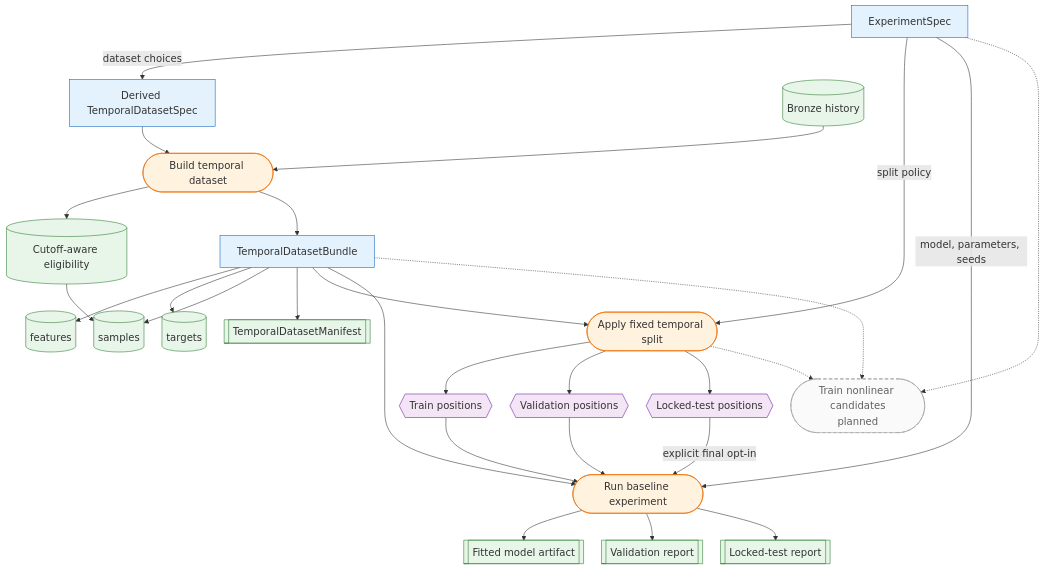
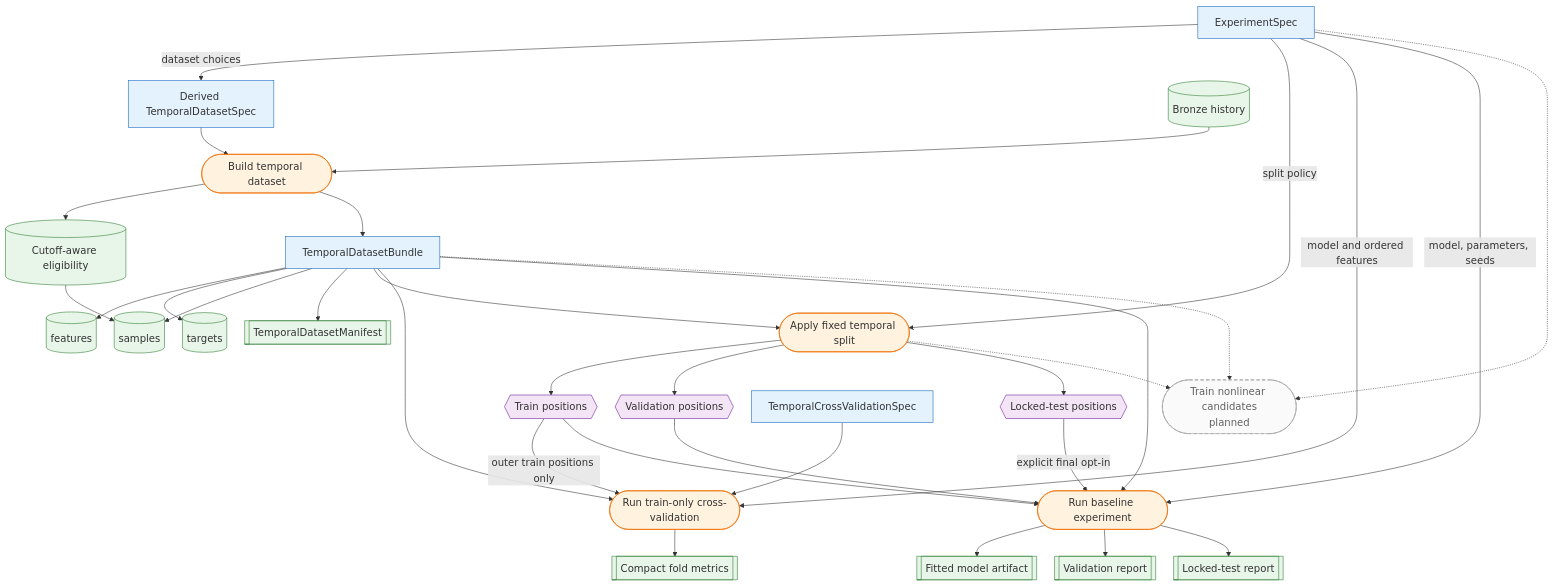
One commit to Frallmeister/swingtrader-app changed the diagram in docs/modeling/overview.md. Above: the diagram before and after it, drawn with Mermaid. The commit also changed other lines of this file and 18 other files, not shown here.

First line of the commit message:
Support explicit model feature selection and train-only temporal cross-validation (#125)

````diff
--- a/docs/modeling/overview.md
+++ b/docs/modeling/overview.md
@@ -9,61 +9,69 @@
 ```mermaid
 %%{init: {"themeVariables": {"fontSize": "18px"}, "flowchart": {"nodeSpacing": 32, "rankSpacing": 48}}}%%
 flowchart TB
     experiment["ExperimentSpec"]
     dataset_spec["Derived TemporalDatasetSpec"]
     source[(Bronze history)]
     eligibility[(Cutoff-aware eligibility)]
     builder([Build temporal dataset])
     bundle["TemporalDatasetBundle"]
     features[(features)]
     targets[(targets)]
     samples[(samples)]
     manifest[[TemporalDatasetManifest]]
     splitter([Apply fixed temporal split])
     train{{Train positions}}
     validation{{Validation positions}}
     test{{Locked-test positions}}
+    cv_spec["TemporalCrossValidationSpec"]
+    cv_harness([Run train-only cross-validation])
+    cv_result[[Compact fold metrics]]
     harness([Run baseline experiment])
     model[[Fitted model artifact]]
     validation_report[[Validation report]]
     test_report[[Locked-test report]]
     advanced([Train nonlinear candidates<br/>planned])
 
     experiment -->|dataset choices| dataset_spec
     dataset_spec --> builder
     source --> builder
     builder --> eligibility
     builder --> bundle
     bundle --> features
     bundle --> targets
     bundle --> samples
     eligibility --> samples
     bundle --> manifest
     experiment -->|split policy| splitter
     bundle --> splitter
     splitter --> train
     splitter --> validation
     splitter --> test
+    cv_spec --> cv_harness
+    experiment -->|model and ordered features| cv_harness
+    bundle --> cv_harness
+    train -->|outer train positions only| cv_harness
+    cv_harness --> cv_result
     experiment -->|model, parameters, seeds| harness
     bundle --> harness
     train --> harness
     validation --> harness
     test -->|explicit final opt-in| harness
     harness --> model
     harness --> validation_report
     harness --> test_report
     bundle -.-> advanced
     splitter -.-> advanced
     experiment -.-> advanced
 
     classDef contract fill:#e3f2fd,stroke:#1565c0
     classDef action fill:#fff3e0,stroke:#ef6c00
     classDef artifact fill:#e8f5e9,stroke:#2e7d32
     classDef state fill:#f3e5f5,stroke:#6a1b9a
     classDef planned fill:#fafafa,stroke:#9e9e9e,color:#616161,stroke-dasharray:6 4
-    class experiment,dataset_spec,bundle contract
-    class builder,splitter,harness action
-    class source,eligibility,features,targets,samples,manifest,model,validation_report,test_report artifact
+    class experiment,dataset_spec,bundle,cv_spec contract
+    class builder,splitter,cv_harness,harness action
+    class source,eligibility,features,targets,samples,manifest,cv_result,model,validation_report,test_report artifact
     class train,validation,test state
     class advanced planned
 ```
````
